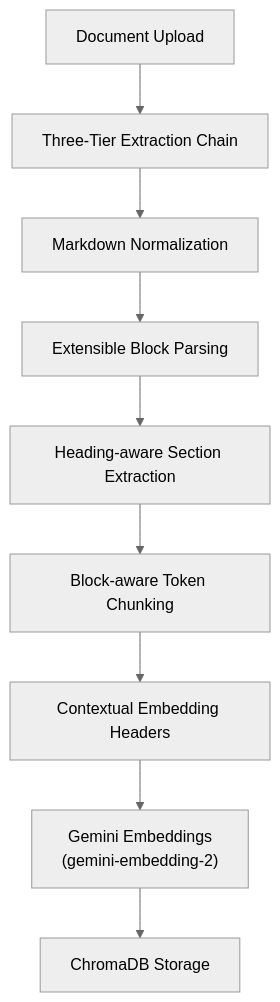
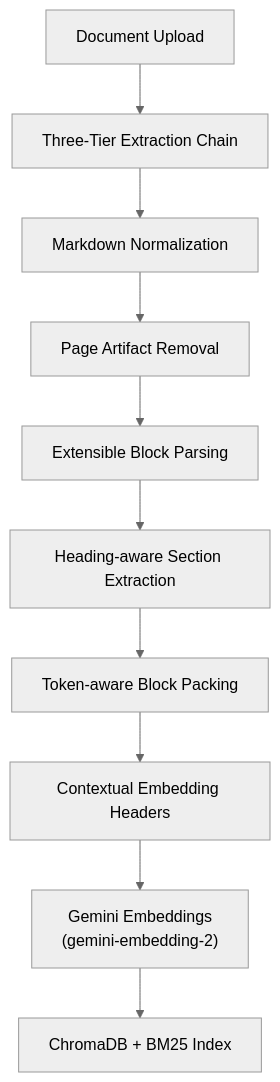
The first of 2 diagrams in backend/README.md (Dr-Venom29/SmartDocQ), drawn with Mermaid (neutral theme) before and after one commit. The commit also changed other lines of this file and 4 other files, not shown here.

````diff
--- a/backend/README.md
+++ b/backend/README.md
@@ -63,11 +63,12 @@
 ```mermaid
 graph TD
     Upload["Document Upload"] --> Ext["Three-Tier Extraction Chain"]
     Ext --> Normal["Markdown Normalization"]
-    Normal --> Parse["Extensible Block Parsing"]
+    Normal --> Cleanup["Page Artifact Removal"]
+    Cleanup --> Parse["Extensible Block Parsing"]
     Parse --> Section["Heading-aware Section Extraction"]
-    Section --> Chunker["Block-aware Token Chunking"]
+    Section --> Chunker["Token-aware Block Packing"]
     Chunker --> Headers["Contextual Embedding Headers"]
-    Headers --> Embed["Gemini Embeddings<br/>(gemini-embedding-2)"]
-    Embed --> Chroma["ChromaDB Storage"]
+    Headers --> Embed["Gemini Embeddings\n(gemini-embedding-2)"]
+    Embed --> Index["ChromaDB + BM25 Index"]
 ```
````
